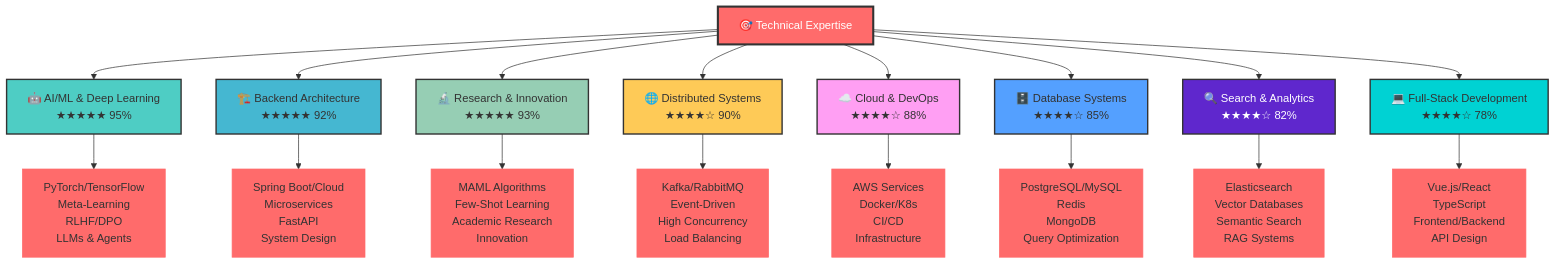
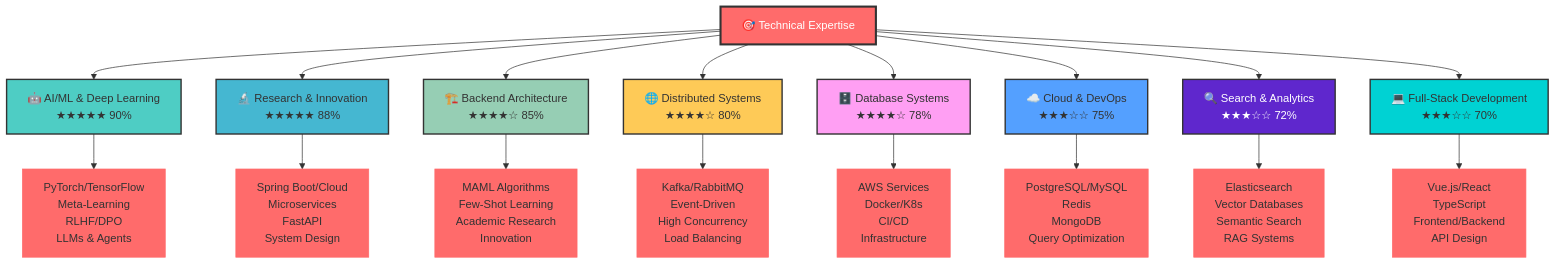
Before and after one commit to PrescottClub/PrescottClub: the diagram in README.md, drawn with Mermaid. The commit also changed other lines of this file, not shown here.

Commit message:
Fix homepage issues: adjust skill ratings, simplify tech stack layout, fix footer image

````diff
--- a/README.md
+++ b/README.md
@@ -84,31 +75,31 @@
 ```mermaid
 %%{init: {'theme':'base', 'themeVariables': { 'primaryColor': '#ff6b6b', 'primaryTextColor': '#333', 'primaryBorderColor': '#ff6b6b', 'lineColor': '#333', 'secondaryColor': '#006100', 'tertiaryColor': '#fff'}}}%%
 graph TD
-    A[🎯 Technical Expertise] --> B[🤖 AI/ML & Deep Learning<br/>★★★★★ 95%]
-    A --> C[🏗️ Backend Architecture<br/>★★★★★ 92%]
-    A --> D[🔬 Research & Innovation<br/>★★★★★ 93%]
-    A --> E[🌐 Distributed Systems<br/>★★★★☆ 90%]
-    A --> F[☁️ Cloud & DevOps<br/>★★★★☆ 88%]
-    A --> G[🗄️ Database Systems<br/>★★★★☆ 85%]
-    A --> H[🔍 Search & Analytics<br/>★★★★☆ 82%]
-    A --> I[💻 Full-Stack Development<br/>★★★★☆ 78%]
+    A[🎯 Technical Expertise] --> B[🤖 AI/ML & Deep Learning<br/>★★★★★ 90%]
+    A --> C[🔬 Research & Innovation<br/>★★★★★ 88%]
+    A --> D[🏗️ Backend Architecture<br/>★★★★☆ 85%]
+    A --> E[🌐 Distributed Systems<br/>★★★★☆ 80%]
+    A --> F[🗄️ Database Systems<br/>★★★★☆ 78%]
+    A --> G[☁️ Cloud & DevOps<br/>★★★☆☆ 75%]
+    A --> H[🔍 Search & Analytics<br/>★★★☆☆ 72%]
+    A --> I[💻 Full-Stack Development<br/>★★★☆☆ 70%]
 
     B --> B1[PyTorch/TensorFlow<br/>Meta-Learning<br/>RLHF/DPO<br/>LLMs & Agents]
     C --> C1[Spring Boot/Cloud<br/>Microservices<br/>FastAPI<br/>System Design]
     D --> D1[MAML Algorithms<br/>Few-Shot Learning<br/>Academic Research<br/>Innovation]
     E --> E1[Kafka/RabbitMQ<br/>Event-Driven<br/>High Concurrency<br/>Load Balancing]
     F --> F1[AWS Services<br/>Docker/K8s<br/>CI/CD<br/>Infrastructure]
     G --> G1[PostgreSQL/MySQL<br/>Redis<br/>MongoDB<br/>Query Optimization]
     H --> H1[Elasticsearch<br/>Vector Databases<br/>Semantic Search<br/>RAG Systems]
     I --> I1[Vue.js/React<br/>TypeScript<br/>Frontend/Backend<br/>API Design]
 
     style A fill:#ff6b6b,stroke:#333,stroke-width:3px,color:#fff
     style B fill:#4ecdc4,stroke:#333,stroke-width:2px
     style C fill:#45b7d1,stroke:#333,stroke-width:2px
     style D fill:#96ceb4,stroke:#333,stroke-width:2px
     style E fill:#feca57,stroke:#333,stroke-width:2px
     style F fill:#ff9ff3,stroke:#333,stroke-width:2px
     style G fill:#54a0ff,stroke:#333,stroke-width:2px
     style H fill:#5f27cd,stroke:#333,stroke-width:2px,color:#fff
     style I fill:#00d2d3,stroke:#333,stroke-width:2px
 ```
````
